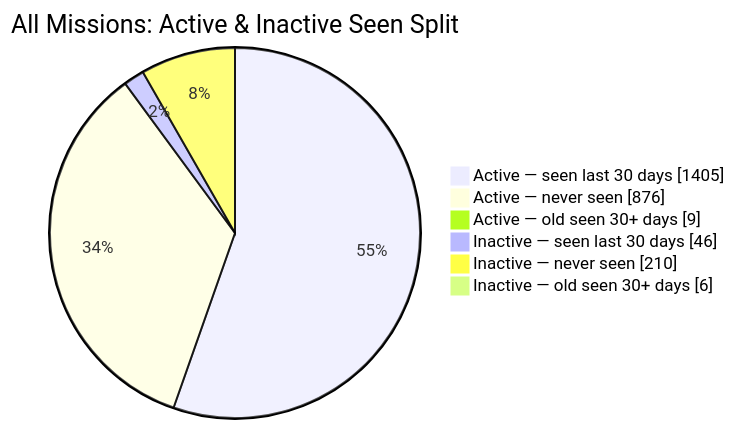
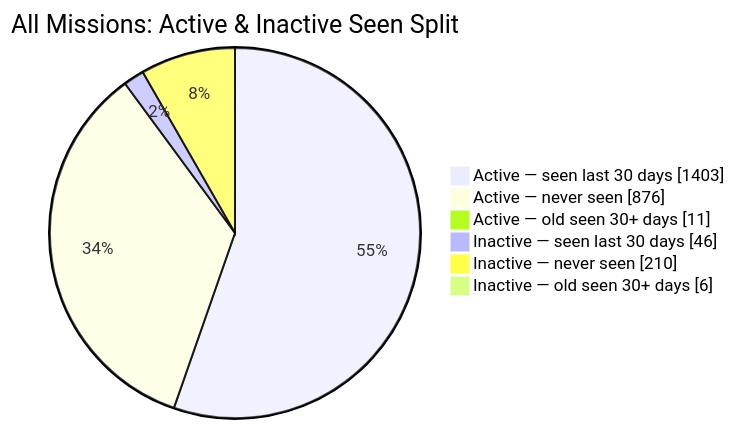
Before and after one commit to MeldkamerspelGameTeam/active-missions: the second of 2 diagrams in README.md, drawn with Mermaid. The commit also changed other lines of this file and 3 other files, not shown here.

````diff
--- a/README.md
+++ b/README.md
@@ -44,10 +44,10 @@
 ```mermaid
 pie showData
     title All Missions: Active & Inactive Seen Split
-    "Active — seen last 30 days" : 1405
+    "Active — seen last 30 days" : 1403
     "Active — never seen" : 876
-    "Active — old seen 30+ days" : 9
+    "Active — old seen 30+ days" : 11
     "Inactive — seen last 30 days" : 46
     "Inactive — never seen" : 210
     "Inactive — old seen 30+ days" : 6
 ```
````
